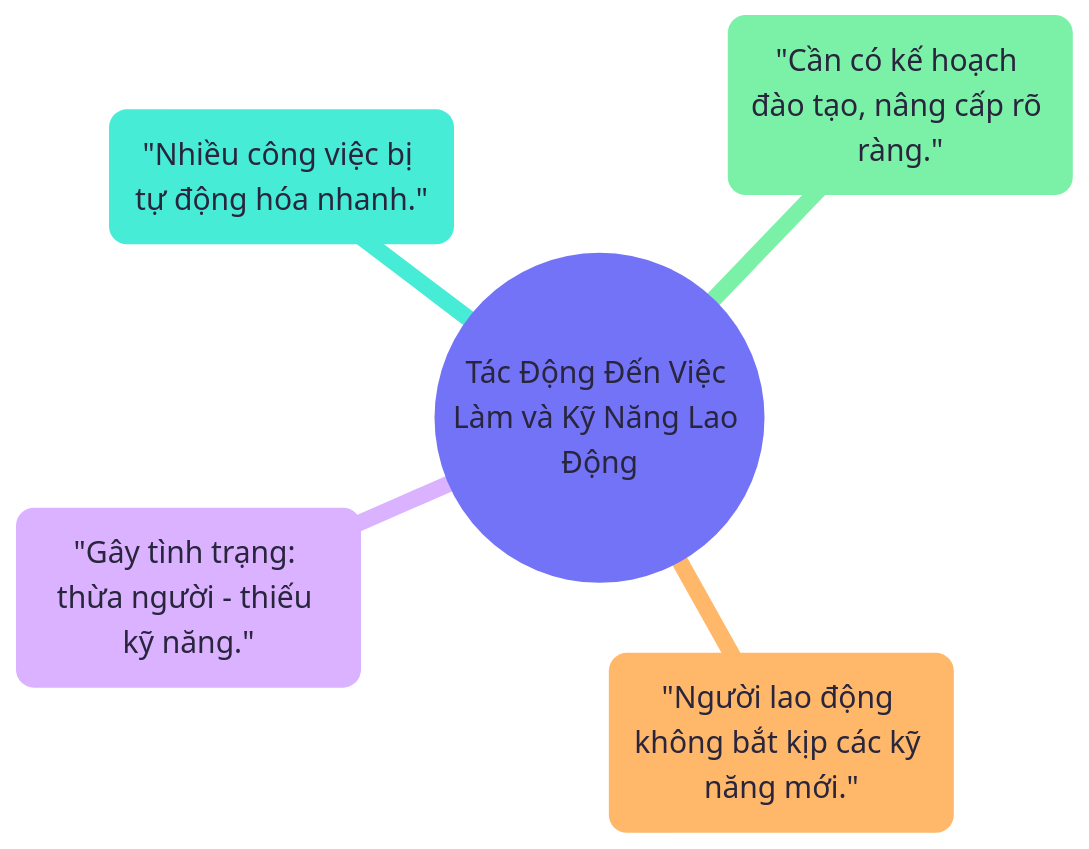
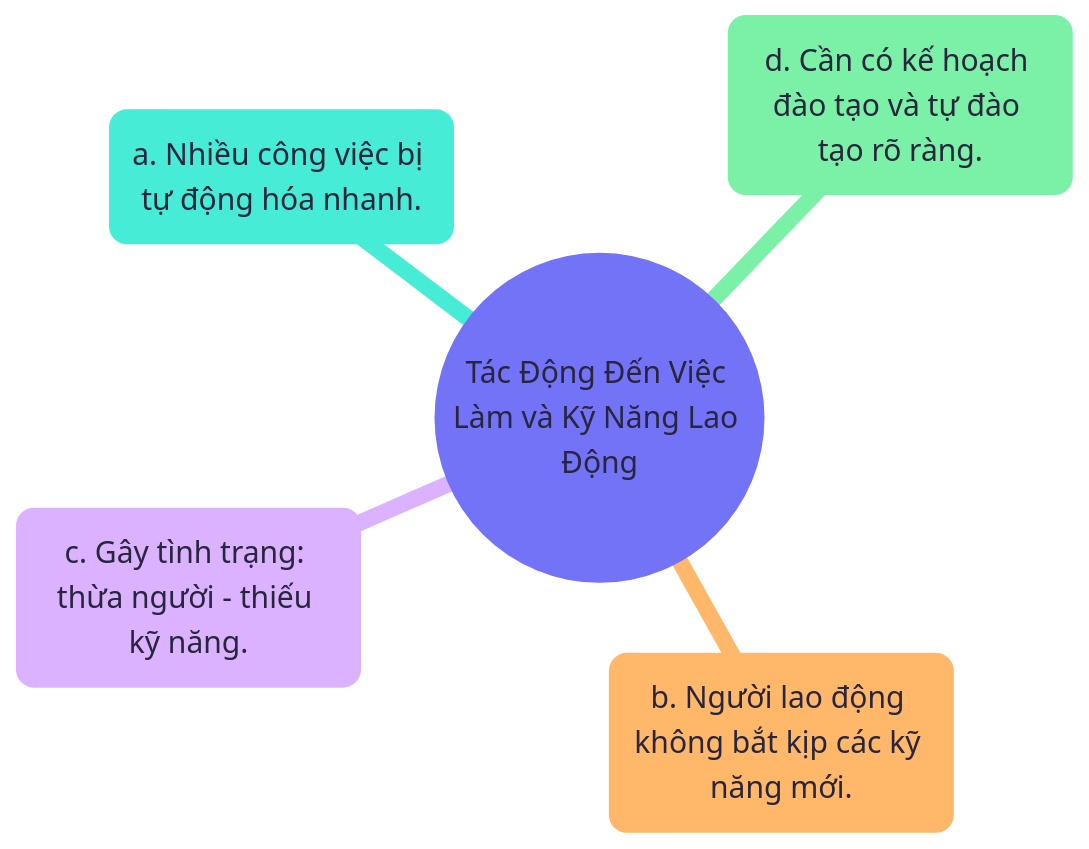
Before and after one commit to sam-uit/typst-report-template: the diagram in content/diagrams/chapter05-tac-dong-den-viec-lam-va-ky-nang-lao.mmd, drawn with Mermaid. The commit also changed 2 other files, not shown here.

Commit message:
chapter05-tac-dong-den-viec-lam-va-ky-nang-lao

```diff
--- a/content/diagrams/chapter05-tac-dong-den-viec-lam-va-ky-nang-lao.mmd
+++ b/content/diagrams/chapter05-tac-dong-den-viec-lam-va-ky-nang-lao.mmd
@@ -1,13 +1,13 @@
 ---
 config:
   theme: redux-color
   themeVariables:
     fontFamily: Google Sans
     fontSize: 20px
 ---
 mindmap
   root(("Tác Động Đến Việc Làm và Kỹ Năng Lao Động"))
-    "Nhiều công việc bị tự động hóa nhanh."
-    "Người lao động không bắt kịp các kỹ năng mới."
-    "Gây tình trạng: thừa người - thiếu kỹ năng."
-    "Cần có kế hoạch đào tạo, nâng cấp rõ ràng."
+    a. Nhiều công việc bị tự động hóa nhanh.
+    b. Người lao động không bắt kịp các kỹ năng mới.
+    c. Gây tình trạng: thừa người - thiếu kỹ năng.
+    d. Cần có kế hoạch đào tạo và tự đào tạo rõ ràng.
```
